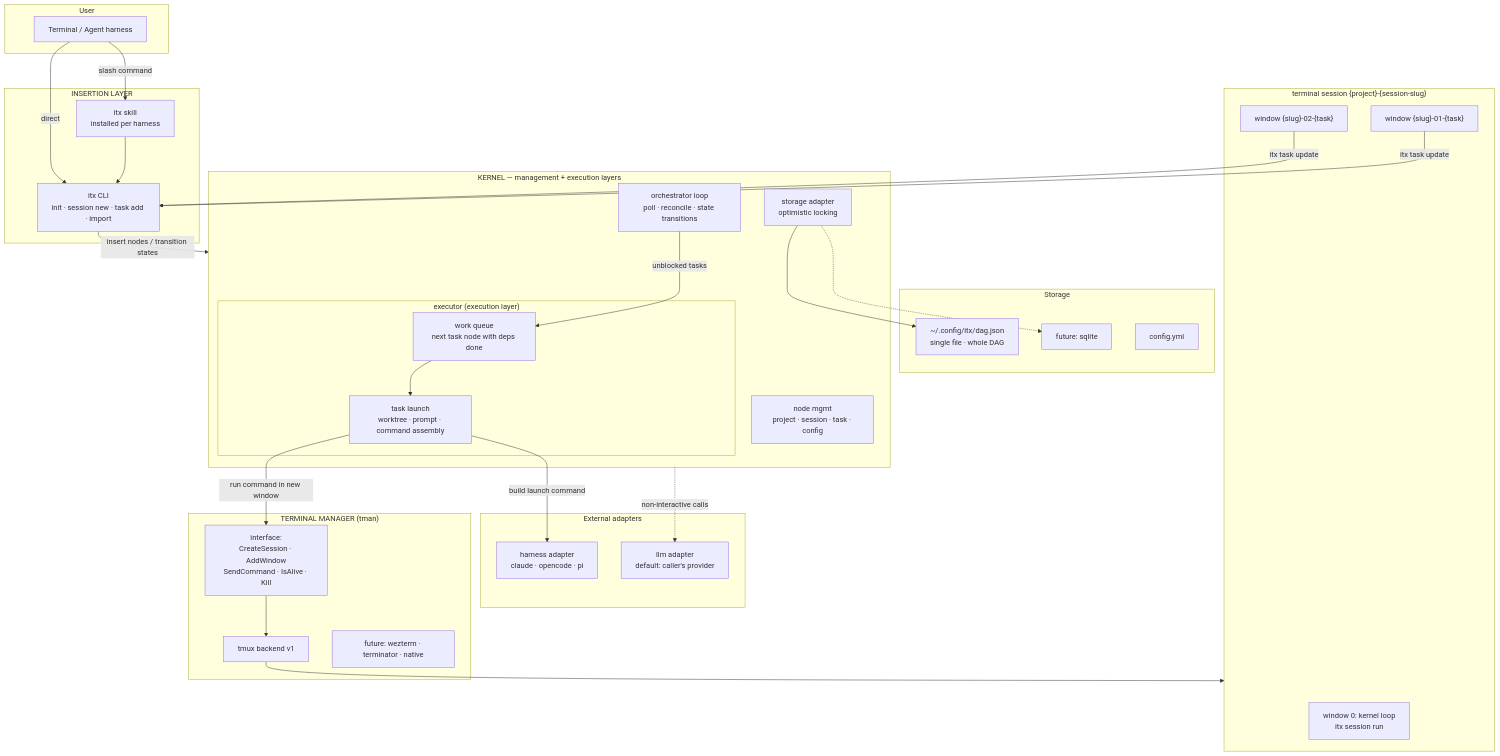
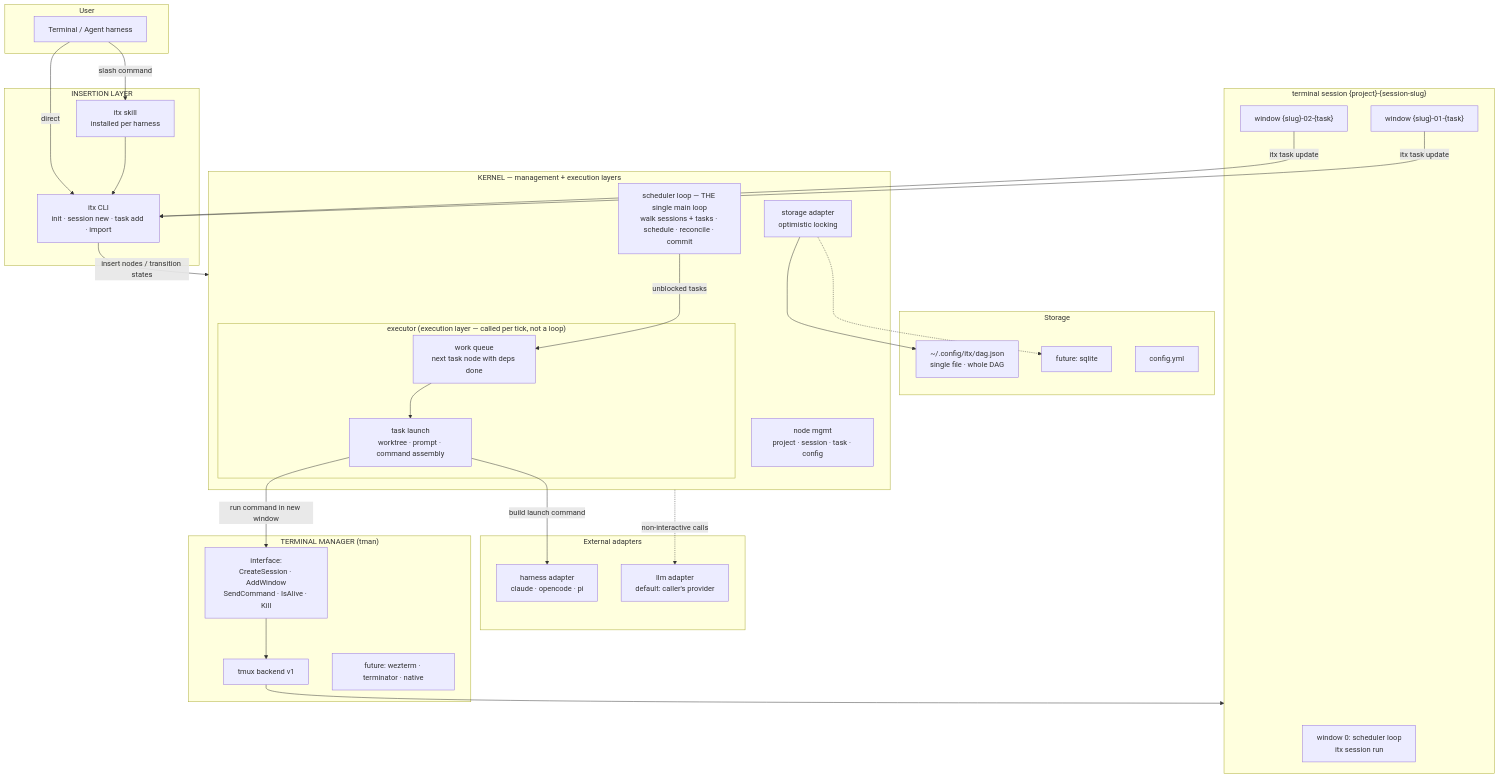
One commit to ric03uec/itx changed the third of 7 diagrams in design/arch.md. Above: the diagram before and after it, drawn with Mermaid. The commit also changed other lines of this file and 4 other files, not shown here.

First line of the commit message:
docs: apply design review — single scheduler loop, mandatory worktrees, idempotent execute

````diff
--- a/design/arch.md
+++ b/design/arch.md
@@ -62,57 +62,57 @@
 ```mermaid
 flowchart TB
     subgraph user["User"]
         U["Terminal / Agent harness"]
     end
 
     subgraph insertion["INSERTION LAYER"]
         SK["itx skill<br/>installed per harness"]
         CLI["itx CLI<br/>init · session new · task add · import"]
     end
 
     subgraph kernel["KERNEL — management + execution layers"]
-        LOOP["orchestrator loop<br/>poll · reconcile · state transitions"]
-        subgraph executor["executor (execution layer)"]
+        LOOP["scheduler loop — THE single main loop<br/>walk sessions + tasks · schedule · reconcile · commit"]
+        subgraph executor["executor (execution layer — called per tick, not a loop)"]
             QUEUE["work queue<br/>next task node with deps done"]
             LAUNCH["task launch<br/>worktree · prompt · command assembly"]
         end
         MGMT["node mgmt<br/>project · session · task · config"]
         SA["storage adapter<br/>optimistic locking"]
     end
 
     subgraph adapters["External adapters"]
         HAR["harness adapter<br/>claude · opencode · pi"]
         LLM["llm adapter<br/>default: caller's provider"]
     end
 
     subgraph tman["TERMINAL MANAGER (tman)"]
         TIF["interface:<br/>CreateSession · AddWindow<br/>SendCommand · IsAlive · Kill"]
         TMUX["tmux backend v1"]
         FUT["future: wezterm · terminator · native"]
     end
 
     subgraph storage["Storage"]
         DAG["~/.config/itx/dag.json<br/>single file · whole DAG"]
         SQL["future: sqlite"]
         CFG["config.yml"]
     end
 
     subgraph term["terminal session {project}-{session-slug}"]
-        W0["window 0: kernel loop<br/>itx session run"]
+        W0["window 0: scheduler loop<br/>itx session run"]
         W1["window {slug}-01-{task}"]
         W2["window {slug}-02-{task}"]
     end
 
     U -->|slash command| SK --> CLI
     U -->|direct| CLI
     CLI -->|insert nodes / transition states| kernel
     SA --> DAG
     SA -.-> SQL
     LOOP -->|unblocked tasks| QUEUE --> LAUNCH
     LAUNCH -->|build launch command| HAR
     kernel -.->|non-interactive calls| LLM
     LAUNCH -->|run command in new window| TIF
     TIF --> TMUX
     TMUX --> term
     W1 & W2 -->|itx task update| CLI
 ```
````
